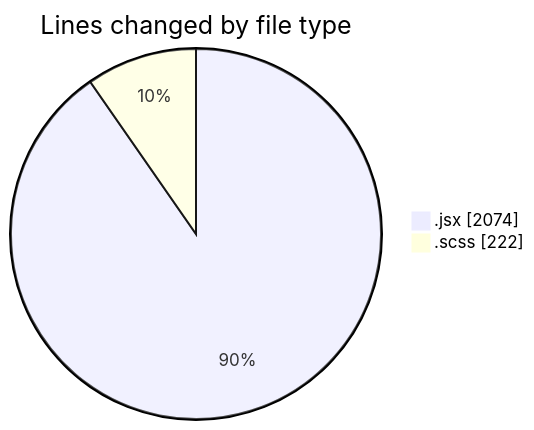
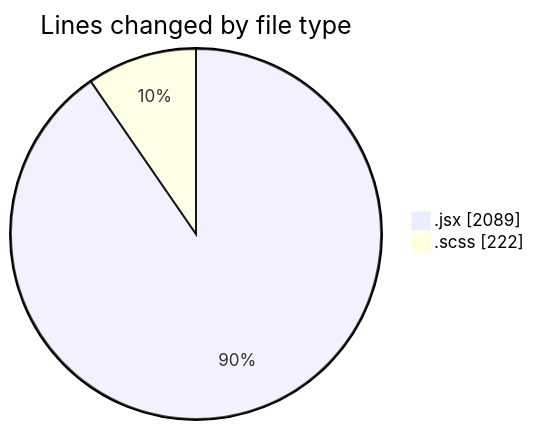
One commit to momahboobian/code-tracking changed the first of 2 diagrams in 2026-09-02/cda/README.md. Above: the diagram before and after it, drawn with Mermaid. The commit also changed other lines of this file and 1 other file, not shown here.

````diff
--- a/2026-09-02/cda/README.md
+++ b/2026-09-02/cda/README.md
@@ -27,6 +27,6 @@
 ```mermaid
 pie showData
 title Lines changed by file type
-".jsx" : 2074
+".jsx" : 2089
 ".scss" : 222
 ```
````
